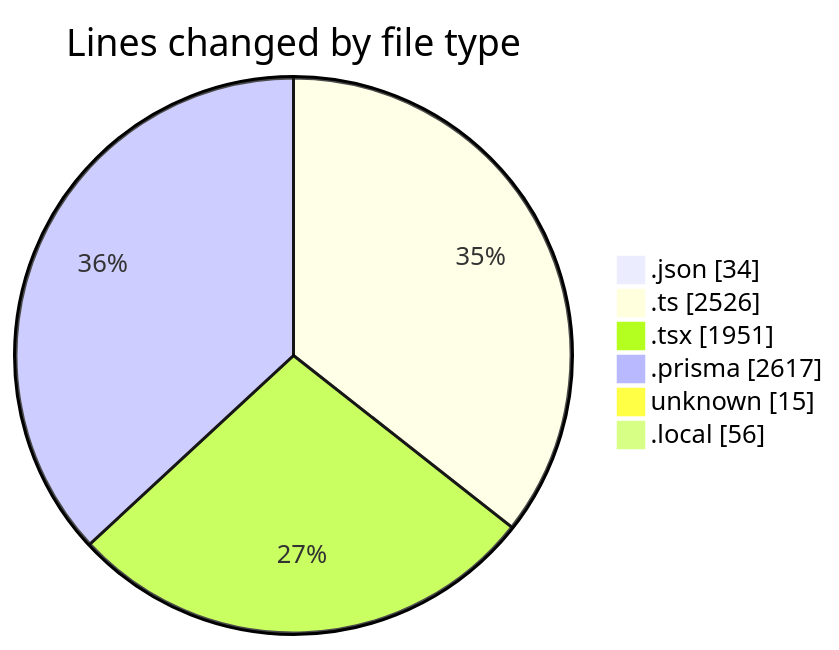
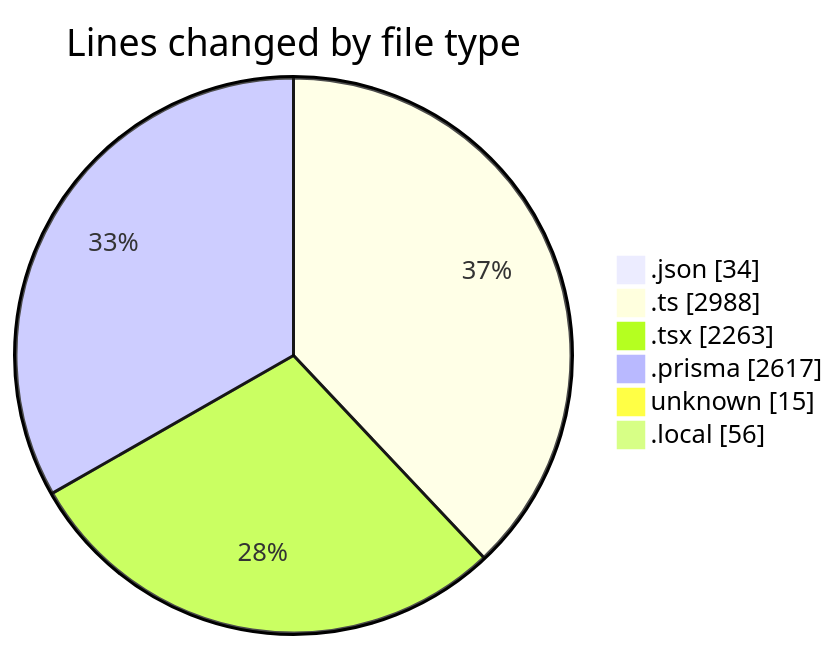
The first of 2 diagrams in 2025-05-15/ecodeli-1/README.md (CELIANVF/code-tracking), drawn with Mermaid before and after one commit. The commit also changed other lines of this file and 1 other file, not shown here.

````diff
--- a/2025-05-15/ecodeli-1/README.md
+++ b/2025-05-15/ecodeli-1/README.md
@@ -36,10 +39,10 @@
 ```mermaid
 pie showData
 title Lines changed by file type
 ".json" : 34
-".ts" : 2526
-".tsx" : 1951
+".ts" : 2988
+".tsx" : 2263
 ".prisma" : 2617
 "unknown" : 15
 ".local" : 56
 ```
````
